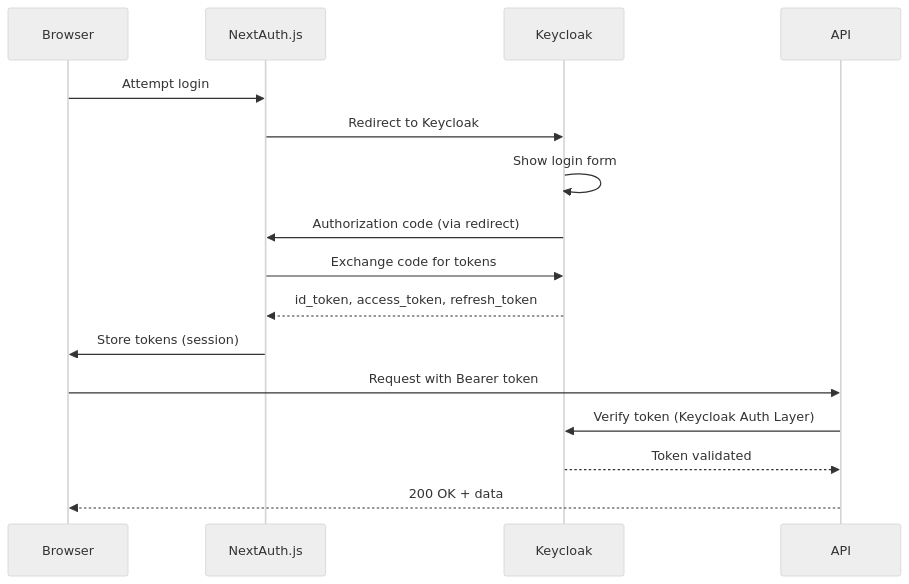
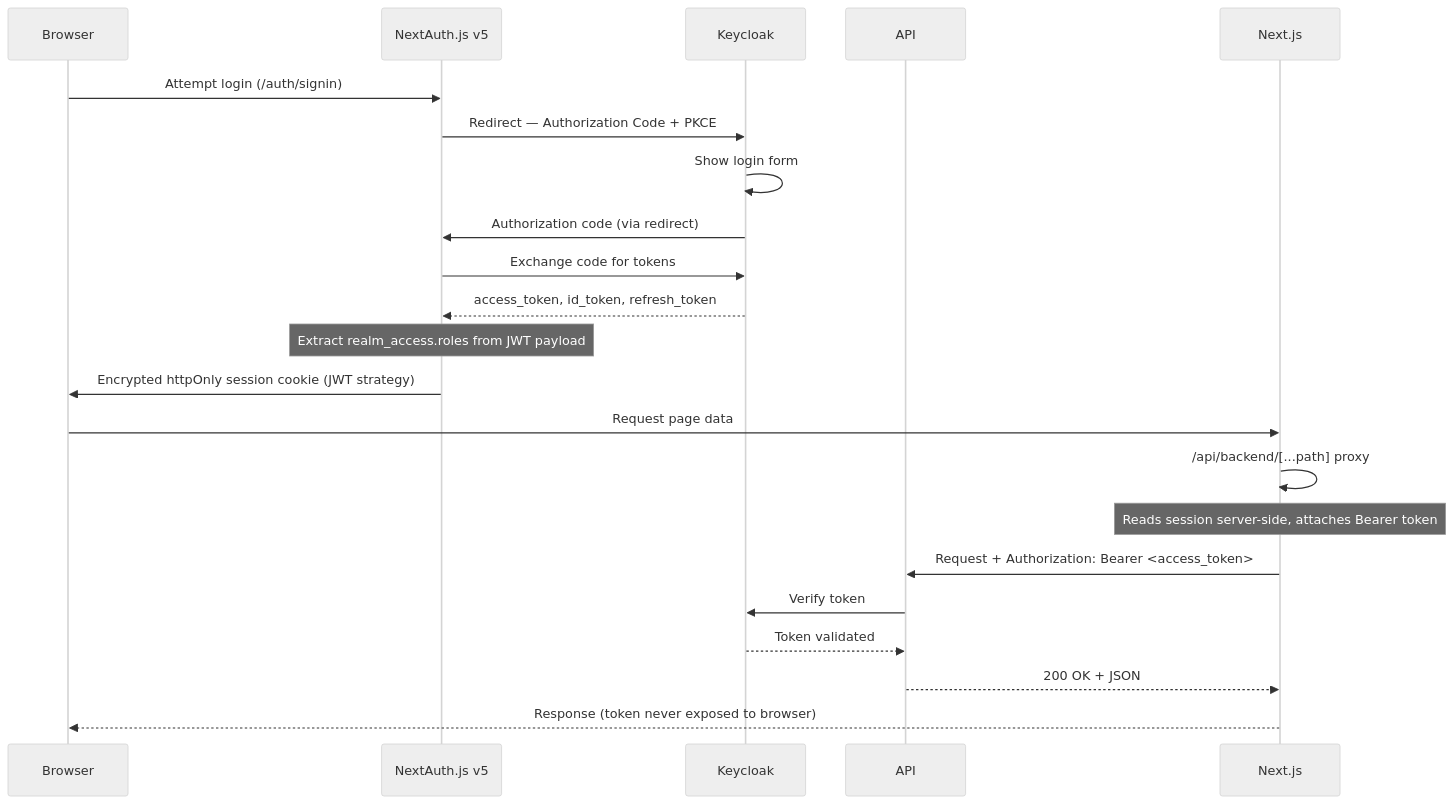
Before and after one commit to doitsu2014/crypto-pocket-butler: the fourth of 12 diagrams in docs/architecture/02-web-frontend.md, drawn with Mermaid (neutral theme). The commit also changed other lines of this file and 28 other files, not shown here.

Commit message:
Add project documentation templates and enhance architecture documentation (#183)

````diff
--- a/docs/architecture/02-web-frontend.md
+++ b/docs/architecture/02-web-frontend.md
@@ -81,22 +84,27 @@
 ```mermaid
 sequenceDiagram
     participant Browser
-    participant NextAuth as NextAuth.js
+    participant NextAuth as NextAuth.js v5
     participant Keycloak
     participant API
 
-    Browser->>NextAuth: Attempt login
-    NextAuth->>Keycloak: Redirect to Keycloak
+    Browser->>NextAuth: Attempt login (/auth/signin)
+    NextAuth->>Keycloak: Redirect — Authorization Code + PKCE
     Keycloak->>Keycloak: Show login form
     Keycloak->>NextAuth: Authorization code (via redirect)
-    
+
     NextAuth->>Keycloak: Exchange code for tokens
-    Keycloak-->>NextAuth: id_token, access_token, refresh_token
-    
-    NextAuth->>Browser: Store tokens (session)
-    Browser->>API: Request with Bearer token
-    API->>Keycloak: Verify token (Keycloak Auth Layer)
+    Keycloak-->>NextAuth: access_token, id_token, refresh_token
+
+    Note over NextAuth: Extract realm_access.roles from JWT payload
+    NextAuth->>Browser: Encrypted httpOnly session cookie (JWT strategy)
+
+    Browser->>Next.js: Request page data
+    Next.js->>Next.js: /api/backend/[...path] proxy
+    Note over Next.js: Reads session server-side, attaches Bearer token
+    Next.js->>API: Request + Authorization: Bearer <access_token>
+    API->>Keycloak: Verify token
     Keycloak-->>API: Token validated
-    
-    API-->>Browser: 200 OK + data
+    API-->>Next.js: 200 OK + JSON
+    Next.js-->>Browser: Response (token never exposed to browser)
 ```
````
